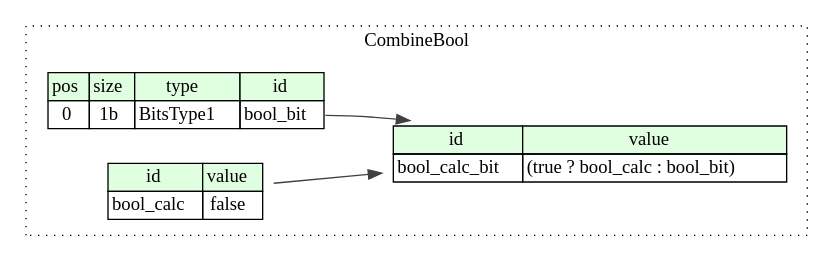
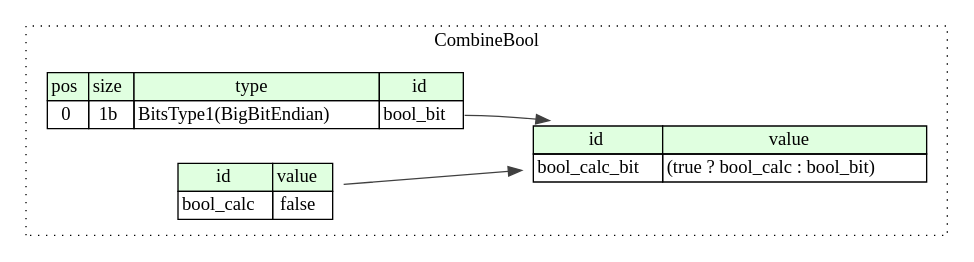
Before and after one commit to kaitai-io/ci_targets: the diagram in compiled/graphviz/combine_bool.dot, drawn with Graphviz. The commit also changed 86 other files, not shown here.

```diff
--- a/compiled/graphviz/combine_bool.dot
+++ b/compiled/graphviz/combine_bool.dot
@@ -1,23 +1,23 @@
 digraph {
 	rankdir=LR;
 	node [shape=plaintext];
 	subgraph cluster__combine_bool {
 		label="CombineBool";
 		graph[style=dotted];
 
 		combine_bool__seq [label=<<TABLE BORDER="0" CELLBORDER="1" CELLSPACING="0">
 			<TR><TD BGCOLOR="#E0FFE0">pos</TD><TD BGCOLOR="#E0FFE0">size</TD><TD BGCOLOR="#E0FFE0">type</TD><TD BGCOLOR="#E0FFE0">id</TD></TR>
-			<TR><TD PORT="bool_bit_pos">0</TD><TD PORT="bool_bit_size">1b</TD><TD>BitsType1</TD><TD PORT="bool_bit_type">bool_bit</TD></TR>
+			<TR><TD PORT="bool_bit_pos">0</TD><TD PORT="bool_bit_size">1b</TD><TD>BitsType1(BigBitEndian)</TD><TD PORT="bool_bit_type">bool_bit</TD></TR>
 		</TABLE>>];
 		combine_bool__inst__bool_calc [label=<<TABLE BORDER="0" CELLBORDER="1" CELLSPACING="0">
 			<TR><TD BGCOLOR="#E0FFE0">id</TD><TD BGCOLOR="#E0FFE0">value</TD></TR>
 			<TR><TD>bool_calc</TD><TD>false</TD></TR>
 		</TABLE>>];
 		combine_bool__inst__bool_calc_bit [label=<<TABLE BORDER="0" CELLBORDER="1" CELLSPACING="0">
 			<TR><TD BGCOLOR="#E0FFE0">id</TD><TD BGCOLOR="#E0FFE0">value</TD></TR>
 			<TR><TD>bool_calc_bit</TD><TD>(true ? bool_calc : bool_bit)</TD></TR>
 		</TABLE>>];
 	}
 	combine_bool__inst__bool_calc:bool_calc_type -> combine_bool__inst__bool_calc_bit [color="#404040"];
 	combine_bool__seq:bool_bit_type -> combine_bool__inst__bool_calc_bit [color="#404040"];
 }
```
